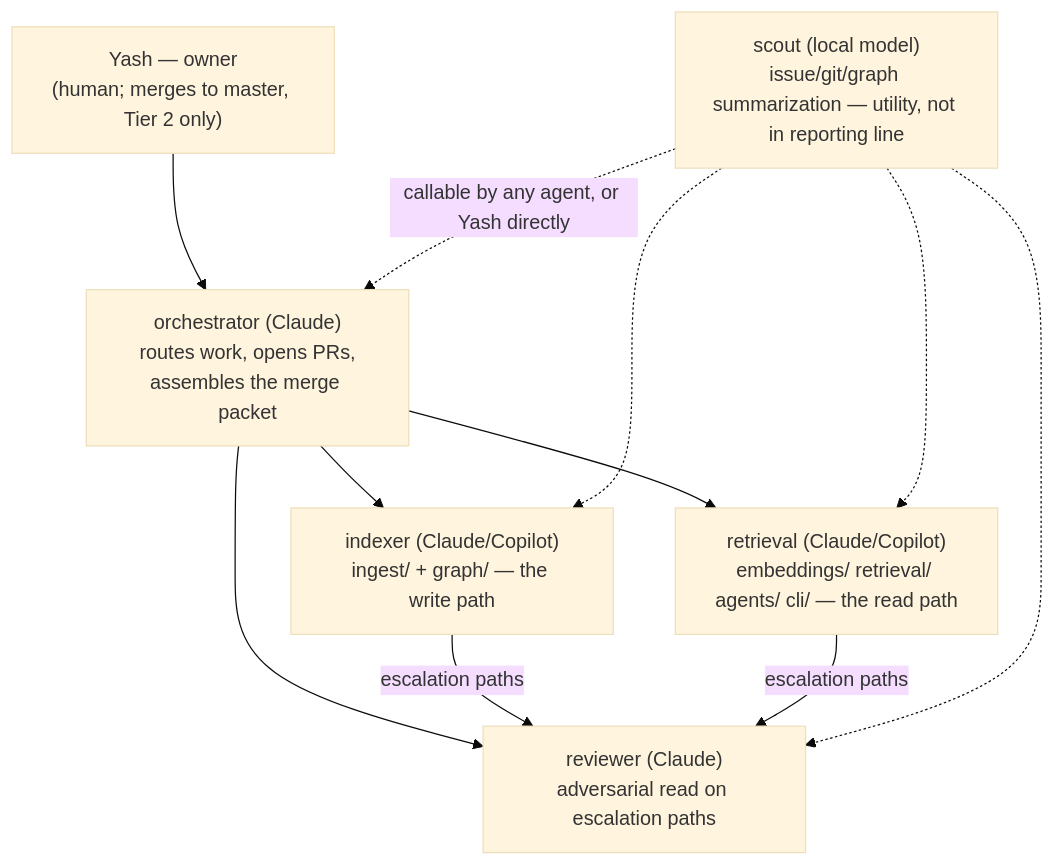
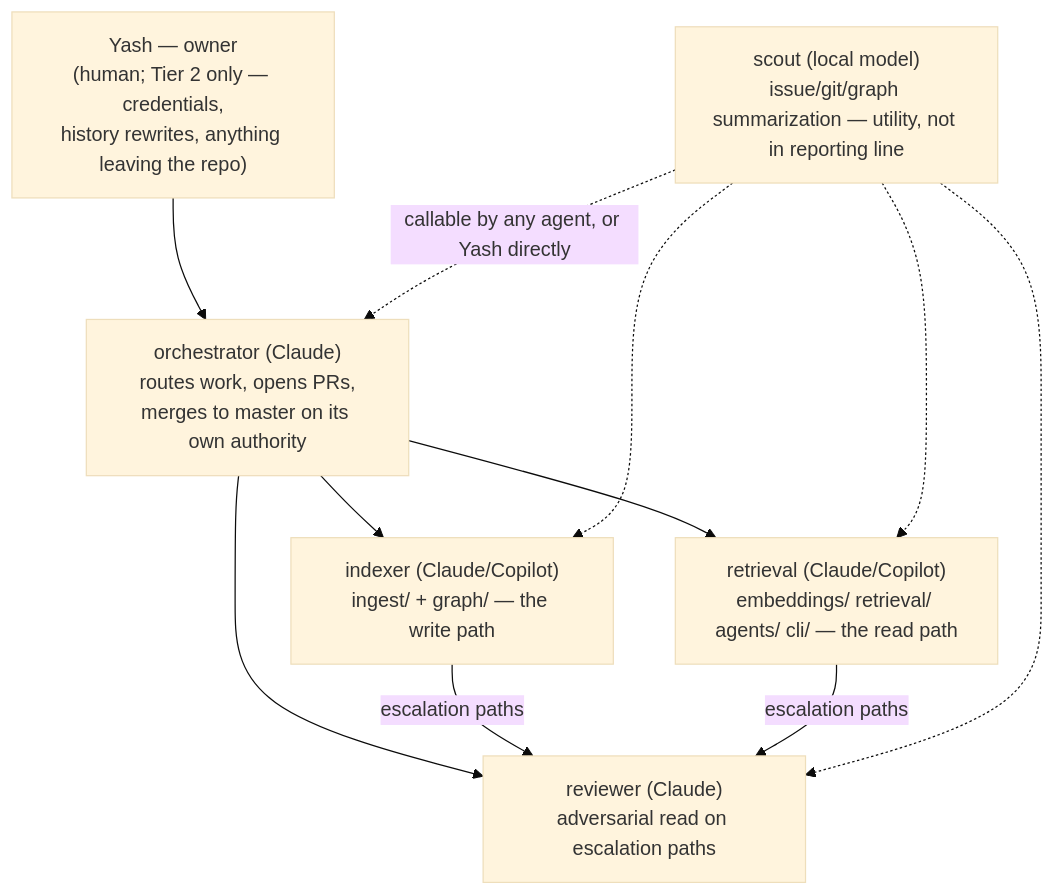
The diagram in docs/agent_org_chart.md (yashmhatre/repo-intelligence), drawn with Mermaid (base theme) before and after one commit. The commit also changed other lines of this file and 6 other files, not shown here.

First line of the commit message:
Grant orchestrator merge authority on master

````diff
--- a/docs/agent_org_chart.md
+++ b/docs/agent_org_chart.md
@@ -3,20 +3,20 @@
 ```mermaid
 graph TD
-    Yash["Yash — owner<br/>(human; merges to master, Tier 2 only)"]
-    O["orchestrator (Claude)<br/>routes work, opens PRs,<br/>assembles the merge packet"]
+    Yash["Yash — owner<br/>(human; Tier 2 only — credentials,<br/>history rewrites, anything leaving the repo)"]
+    O["orchestrator (Claude)<br/>routes work, opens PRs,<br/>merges to master on its own authority"]
     I["indexer (Claude/Copilot)<br/>ingest/ + graph/ — the write path"]
     R["retrieval (Claude/Copilot)<br/>embeddings/ retrieval/ agents/ cli/ — the read path"]
     V["reviewer (Claude)<br/>adversarial read on escalation paths"]
     S["scout (local model)<br/>issue/git/graph summarization — utility, not in reporting line"]
 
     Yash --> O
     O --> I
     O --> R
     O --> V
     I -->|escalation paths| V
     R -->|escalation paths| V
     S -.->|callable by any agent, or Yash directly| O
     S -.-> I
     S -.-> R
     S -.-> V
 ```
````
